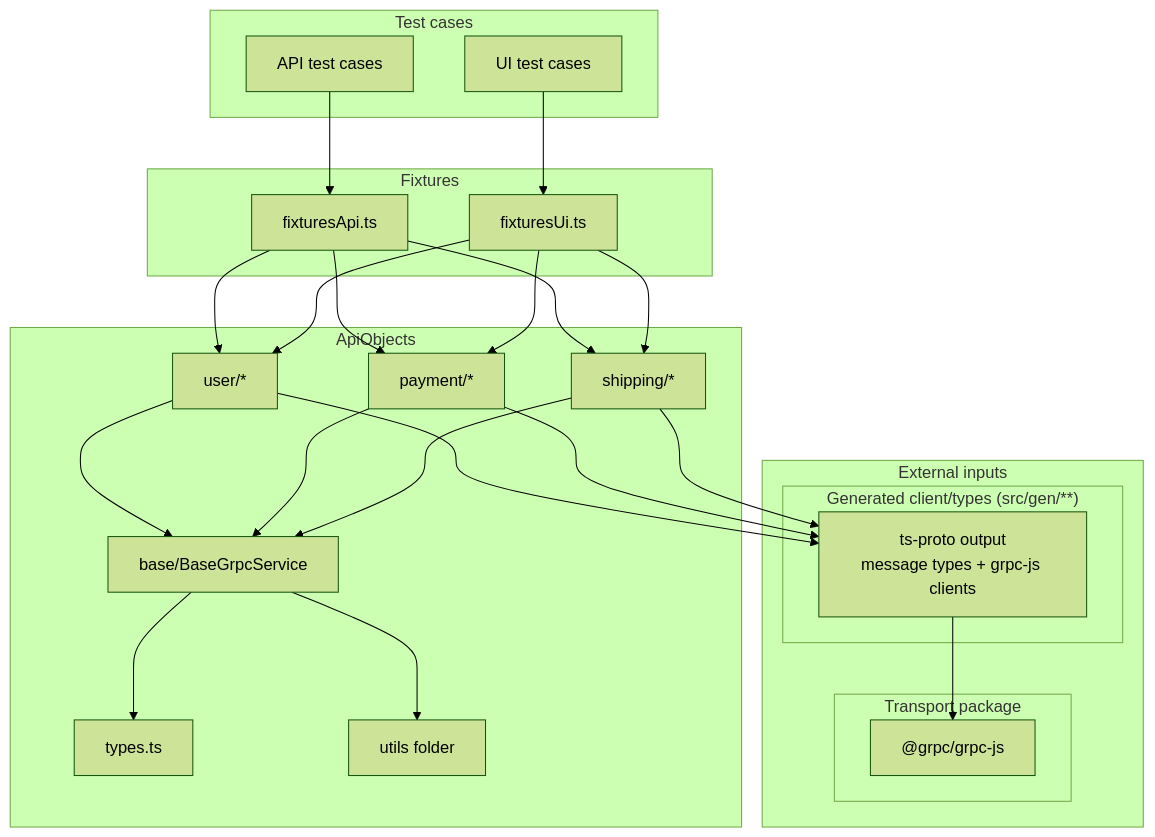
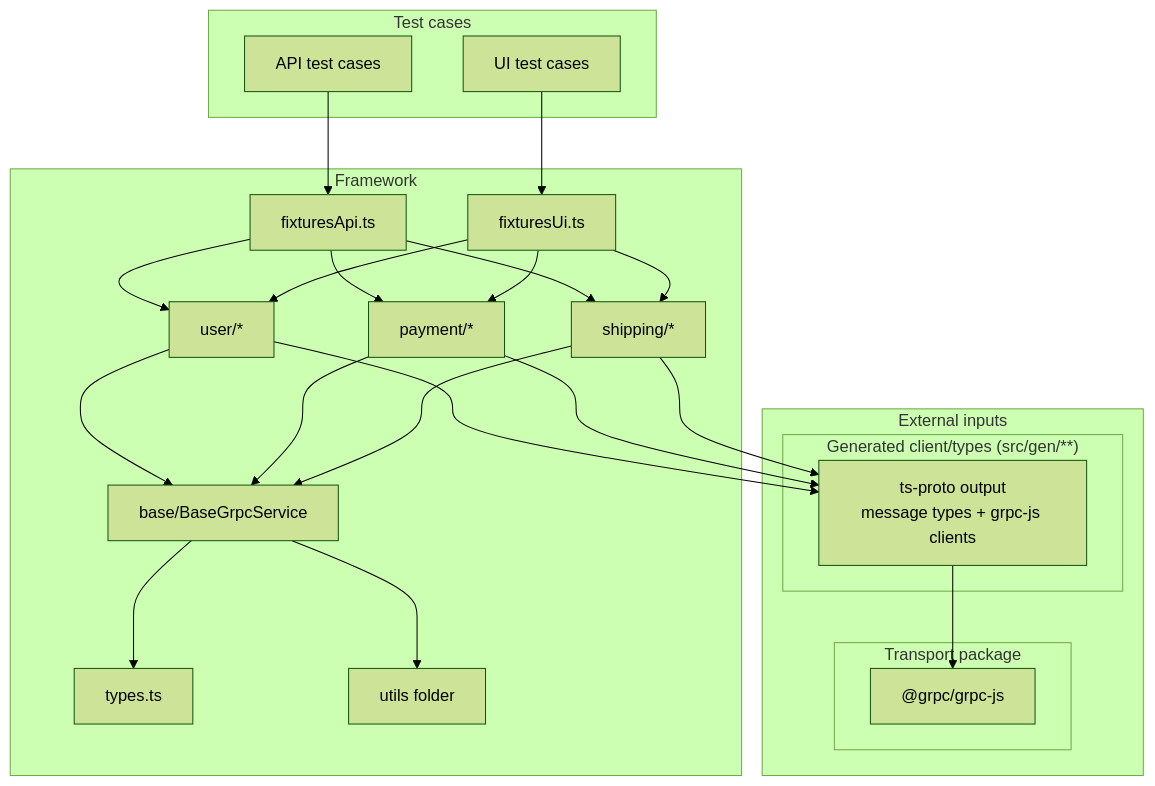
Before and after one commit to ivangergo3/grpc-tests: the third of 3 diagrams in presentation.md, drawn with Mermaid (forest theme). The commit also changed other lines of this file, not shown here.

Commit message:
Update presentation

````diff
--- a/presentation.md
+++ b/presentation.md
@@ -155,45 +156,42 @@
 ```mermaid
 flowchart TB
   subgraph Test cases
     T_api["API test cases"]
     T_ui["UI test cases"]
   end
 
-  subgraph Fixtures
+  subgraph Framework["Framework"]
     F_api["fixturesApi.ts"]
     F_ui["fixturesUi.ts"]
-  end
-
-  subgraph Services["ApiObjects"]
-    S_user["user/*"]
-    S_pay["payment/*"]
-    S_ship["shipping/*"]
-    S_base["base/BaseGrpcService"]
-    S_types["types.ts"]
-    S_utils["utils folder"]
+    F_user["user/*"]
+    F_pay["payment/*"]
+    F_ship["shipping/*"]
+    F_base["base/BaseGrpcService"]
+    F_types["types.ts"]
+    F_utils["utils folder"]
   end
 
   subgraph ExternalDeps["External inputs"]
     subgraph Gen["Generated client/types (src/gen/**)"]
       G["ts-proto output\nmessage types + grpc-js clients"]
     end
 
     subgraph Transport["Transport package"]
       GRPC["@grpc/grpc-js"]
     end
   end
 
   T_api --> F_api
   T_ui --> F_ui
-  F_api --> S_user & S_pay & S_ship
-  F_ui --> S_user & S_pay & S_ship
-  S_user --> S_base
-  S_pay --> S_base
-  S_ship --> S_base
-  S_base --> S_types
-  S_user --> G
-  S_pay --> G
-  S_ship --> G
+  F_api --> F_user & F_pay & F_ship
+  F_ui --> F_user & F_pay & F_ship
+  F_user --> F_base
+  F_pay --> F_base
+  F_ship --> F_base
+  F_base --> F_types
+  F_user --> G
+  F_pay --> G
+  F_ship --> G
   G --> GRPC
-  S_base --> S_utils
+  F_base --> F_utils
 ```
````
